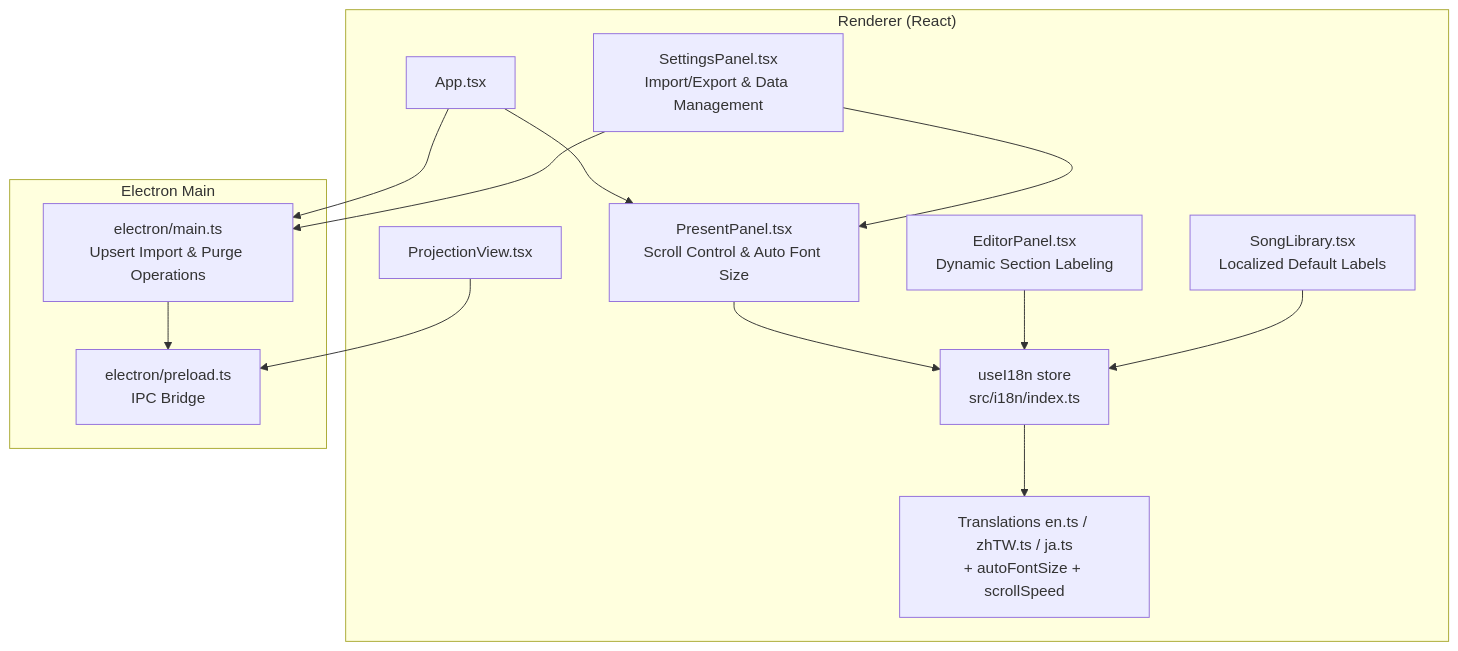
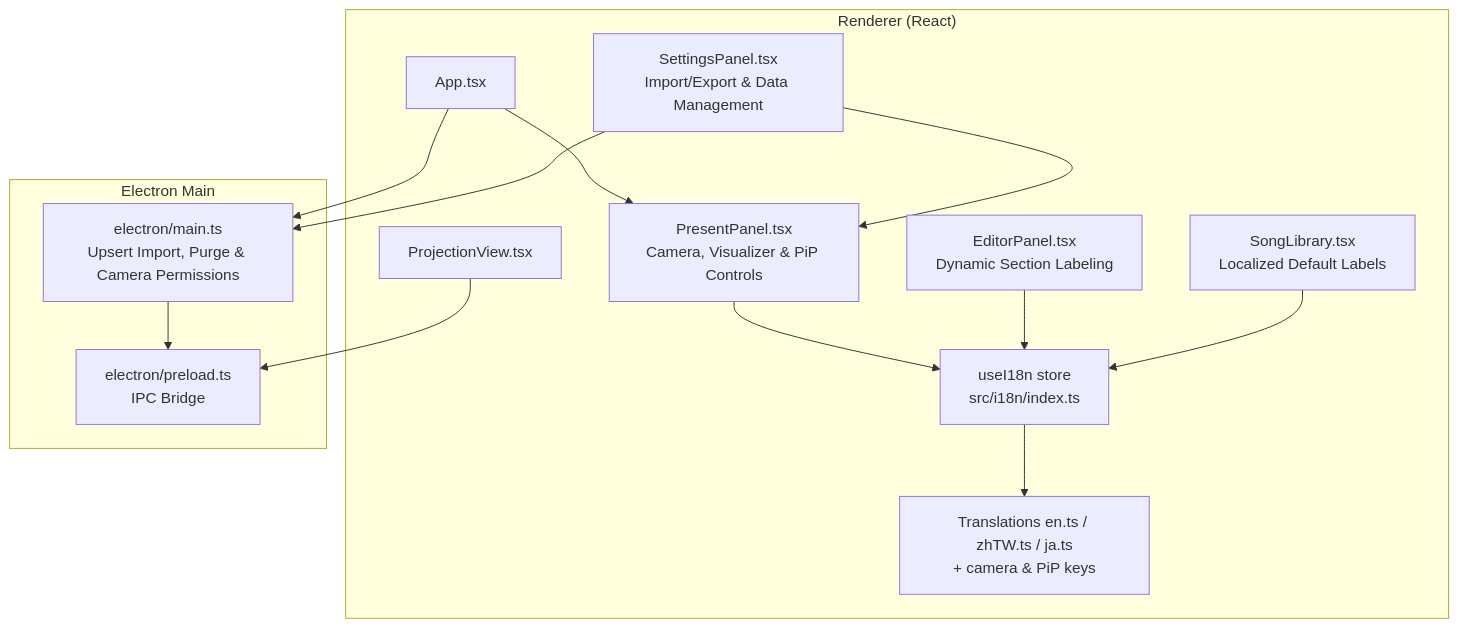
The first of 6 diagrams in .qoder/repowiki/en/content/Internationalization.md (jimmywyk/lyricdeck), drawn with Mermaid before and after one commit. The commit also changed other lines of this file and 5 other files, not shown here.

````diff
--- a/.qoder/repowiki/en/content/Internationalization.md
+++ b/.qoder/repowiki/en/content/Internationalization.md
@@ -51,27 +54,27 @@
 ```mermaid
 graph TB
 subgraph "Renderer (React)"
 A["App.tsx"]
 B["SettingsPanel.tsx<br/>Import/Export & Data Management"]
 C["ProjectionView.tsx"]
-D["PresentPanel.tsx<br/>Scroll Control & Auto Font Size"]
+D["PresentPanel.tsx<br/>Camera, Visualizer & PiP Controls"]
 E["useI18n store<br/>src/i18n/index.ts"]
-F["Translations en.ts / zhTW.ts / ja.ts<br/>+ autoFontSize + scrollSpeed"]
+F["Translations en.ts / zhTW.ts / ja.ts<br/>+ camera & PiP keys"]
 G["EditorPanel.tsx<br/>Dynamic Section Labeling"]
 H["SongLibrary.tsx<br/>Localized Default Labels"]
 end
 subgraph "Electron Main"
-I["electron/main.ts<br/>Upsert Import & Purge Operations"]
+I["electron/main.ts<br/>Upsert Import, Purge & Camera Permissions"]
 J["electron/preload.ts<br/>IPC Bridge"]
 end
 A --> D
 B --> D
 C --> J
 D --> E
 E --> F
 G --> E
 H --> E
 A --> I
 B --> I
 I --> J
 ```
````
